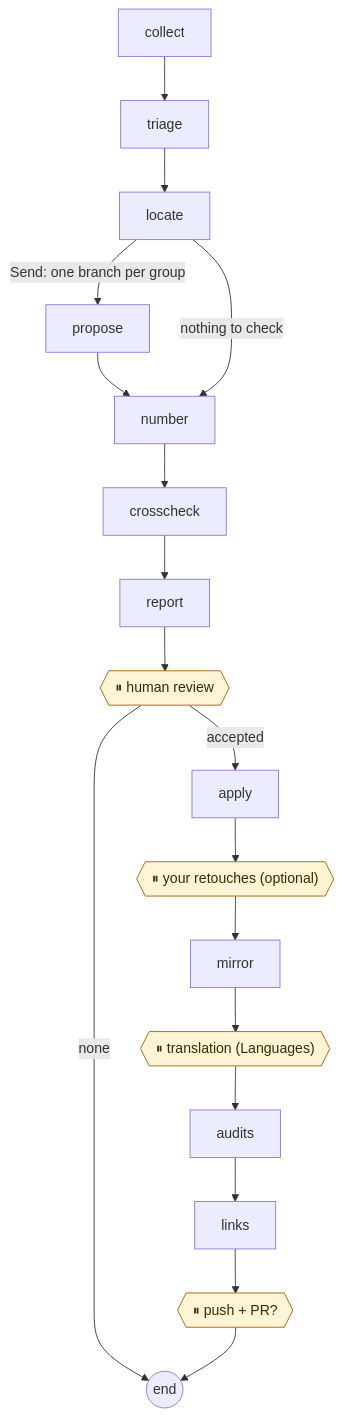
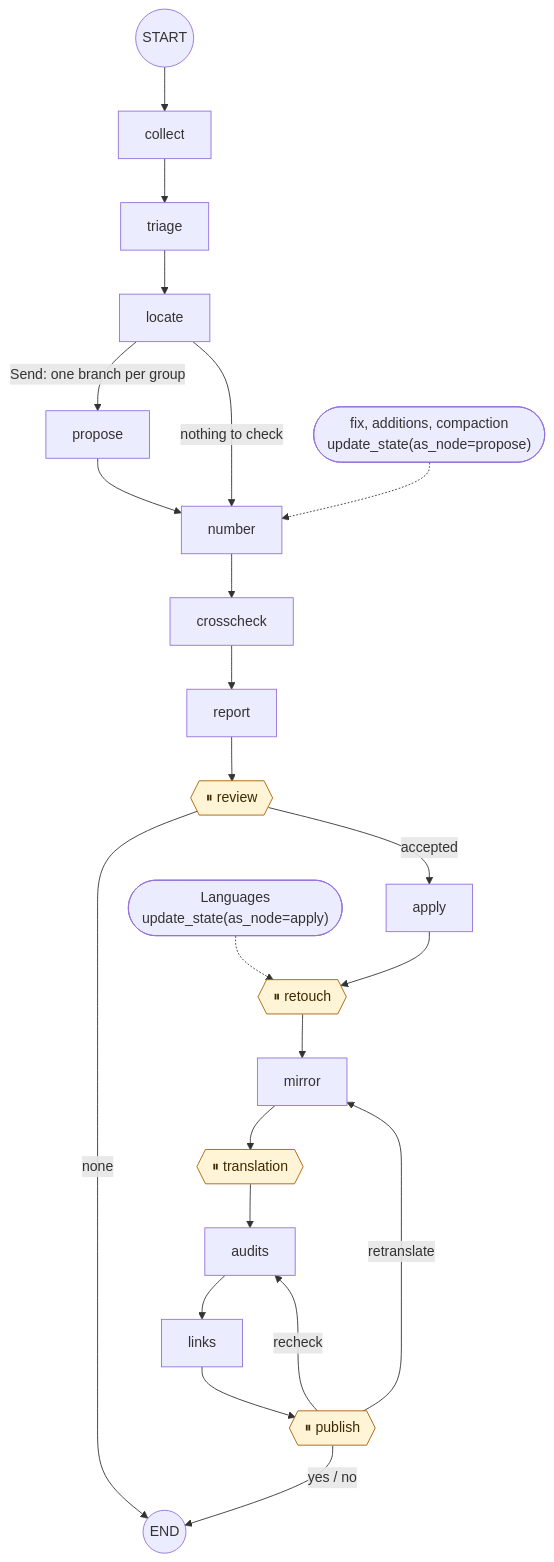
The third of 3 diagrams in README.md (DamienBecherini/vault-watch-agent), drawn with Mermaid before and after one commit. The commit also changed other lines of this file and 3 other files, not shown here.

Commit message:
docs(readme): a run as three entries and one path for readers; the technical graph with its entry points under what the repository shows; the steps table in run.md; notifications untested on macOS and Linux

````diff
--- a/README.md
+++ b/README.md
@@ -111,12 +275,16 @@
 ```mermaid
 flowchart TD
-  collect --> triage --> locate
+  start((START)) --> collect --> triage --> locate
   locate -->|"Send: one branch per group"| propose --> number
   locate -->|nothing to check| number
-  number --> crosscheck --> report --> review{{"⏸ human review"}}
-  review -->|accepted| apply --> retouch{{"⏸ your retouches (optional)"}} --> mirror --> translation{{"⏸ translation (Languages)"}} --> audits --> links --> publish{{"⏸ push + PR?"}}
-  review -->|none| stop((end))
-  publish --> stop
+  own(["fix, additions, compaction<br/>update_state(as_node=propose)"]) -.-> number
+  lang(["Languages<br/>update_state(as_node=apply)"]) -.-> retouch
+  number --> crosscheck --> report --> review{{"⏸ review"}}
+  review -->|accepted| apply --> retouch{{"⏸ retouch"}} --> mirror --> translation{{"⏸ translation"}} --> audits --> links --> publish{{"⏸ publish"}}
+  review -->|none| stop((END))
+  publish -->|"yes / no"| stop
+  publish -->|recheck| audits
+  publish -->|retranslate| mirror
   classDef human fill:#fff4d6,stroke:#a65f00,color:#3d2a00
   class review,retouch,translation,publish human
 ```
````
